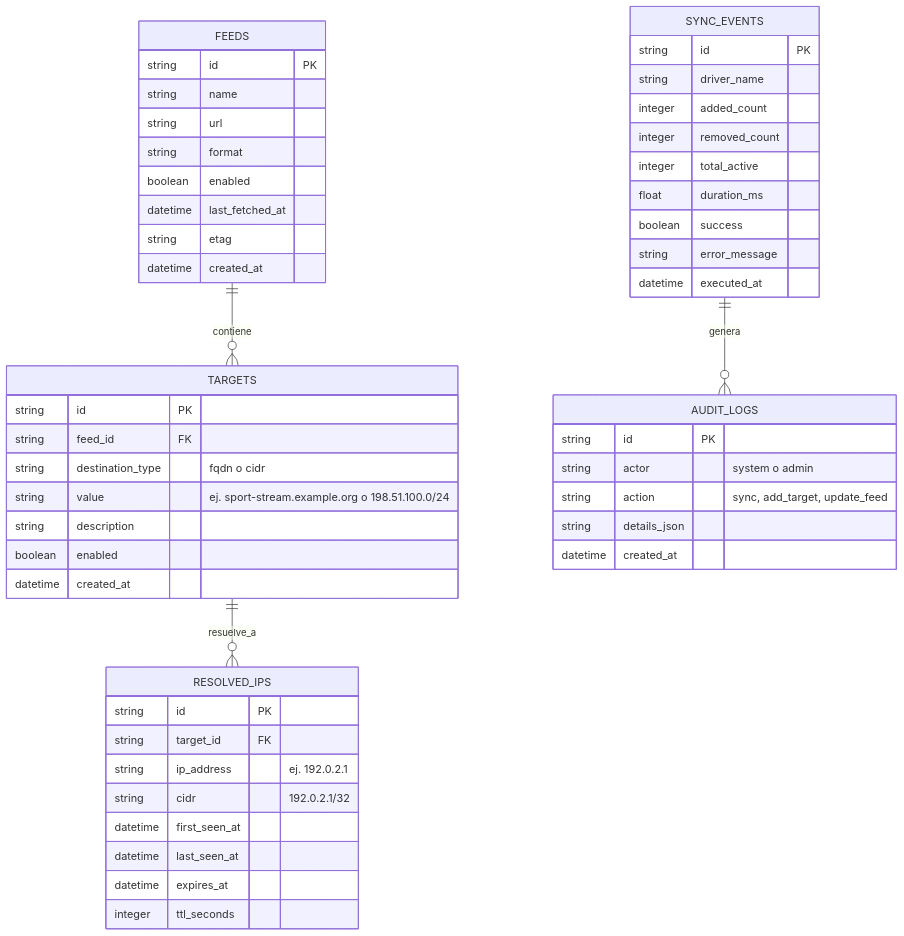
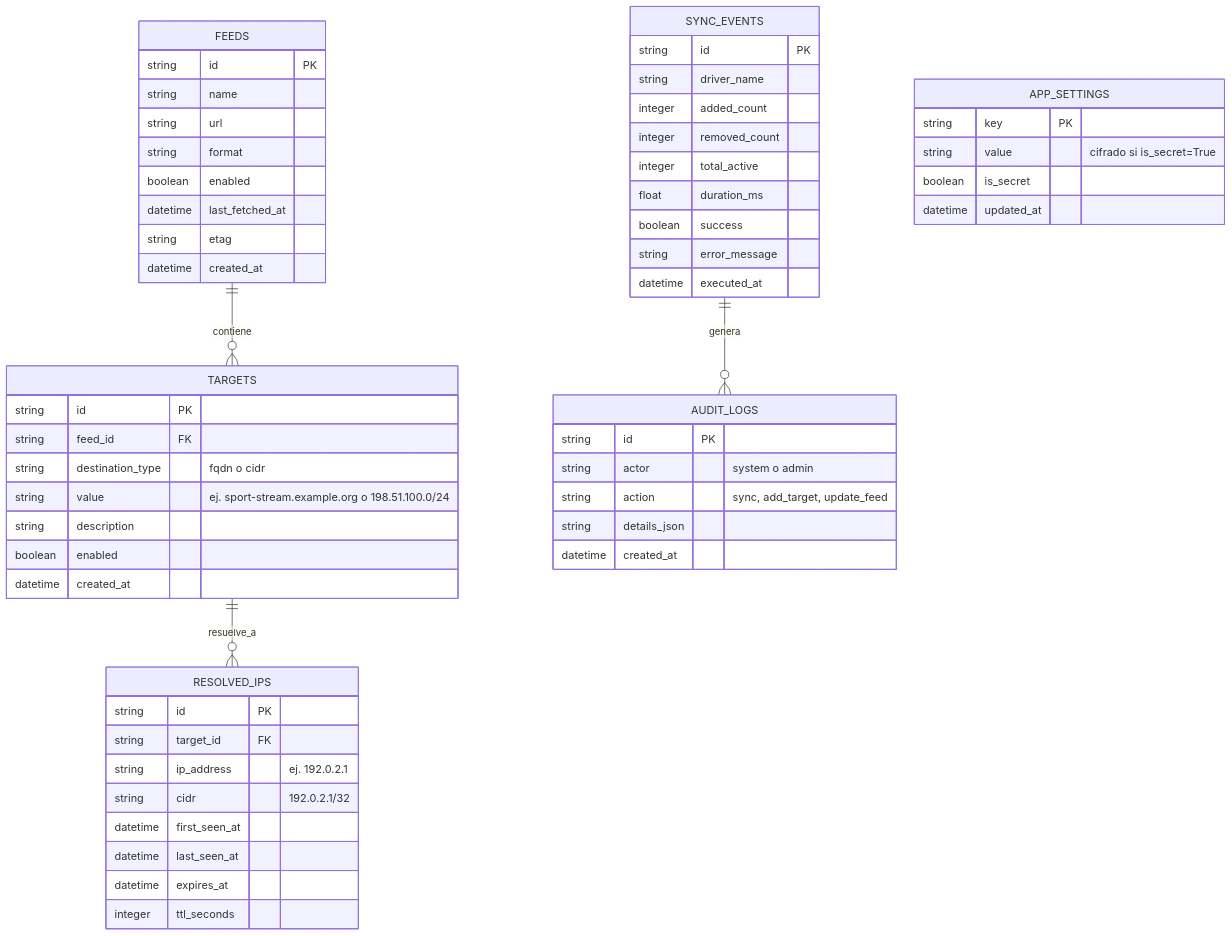
One commit to TSCNEO/tebypass changed the third of 3 diagrams in docs/ARCHITECTURE.md. Above: the diagram before and after it, drawn with Mermaid. The commit also changed other lines of this file and 8 other files, not shown here.

````diff
--- a/docs/ARCHITECTURE.md
+++ b/docs/ARCHITECTURE.md
@@ -202,58 +207,64 @@
 ```mermaid
 erDiagram
     FEEDS ||--o{ TARGETS : "contiene"
     TARGETS ||--o{ RESOLVED_IPS : "resuelve_a"
     SYNC_EVENTS ||--o{ AUDIT_LOGS : "genera"
+    APP_SETTINGS {
+        string key PK
+        string value "cifrado si is_secret=True"
+        boolean is_secret
+        datetime updated_at
+    }
 
     FEEDS {
         string id PK
         string name
         string url
         string format
         boolean enabled
         datetime last_fetched_at
         string etag
         datetime created_at
     }
 
     TARGETS {
         string id PK
         string feed_id FK
         string destination_type "fqdn o cidr"
         string value "ej. sport-stream.example.org o 198.51.100.0/24"
         string description
         boolean enabled
         datetime created_at
     }
 
     RESOLVED_IPS {
         string id PK
         string target_id FK
         string ip_address "ej. 192.0.2.1"
         string cidr "192.0.2.1/32"
         datetime first_seen_at
         datetime last_seen_at
         datetime expires_at
         integer ttl_seconds
     }
 
     SYNC_EVENTS {
         string id PK
         string driver_name
         integer added_count
         integer removed_count
         integer total_active
         float duration_ms
         boolean success
         string error_message
         datetime executed_at
     }
 
     AUDIT_LOGS {
         string id PK
         string actor "system o admin"
         string action "sync, add_target, update_feed"
         string details_json
         datetime created_at
     }
 ```
````
